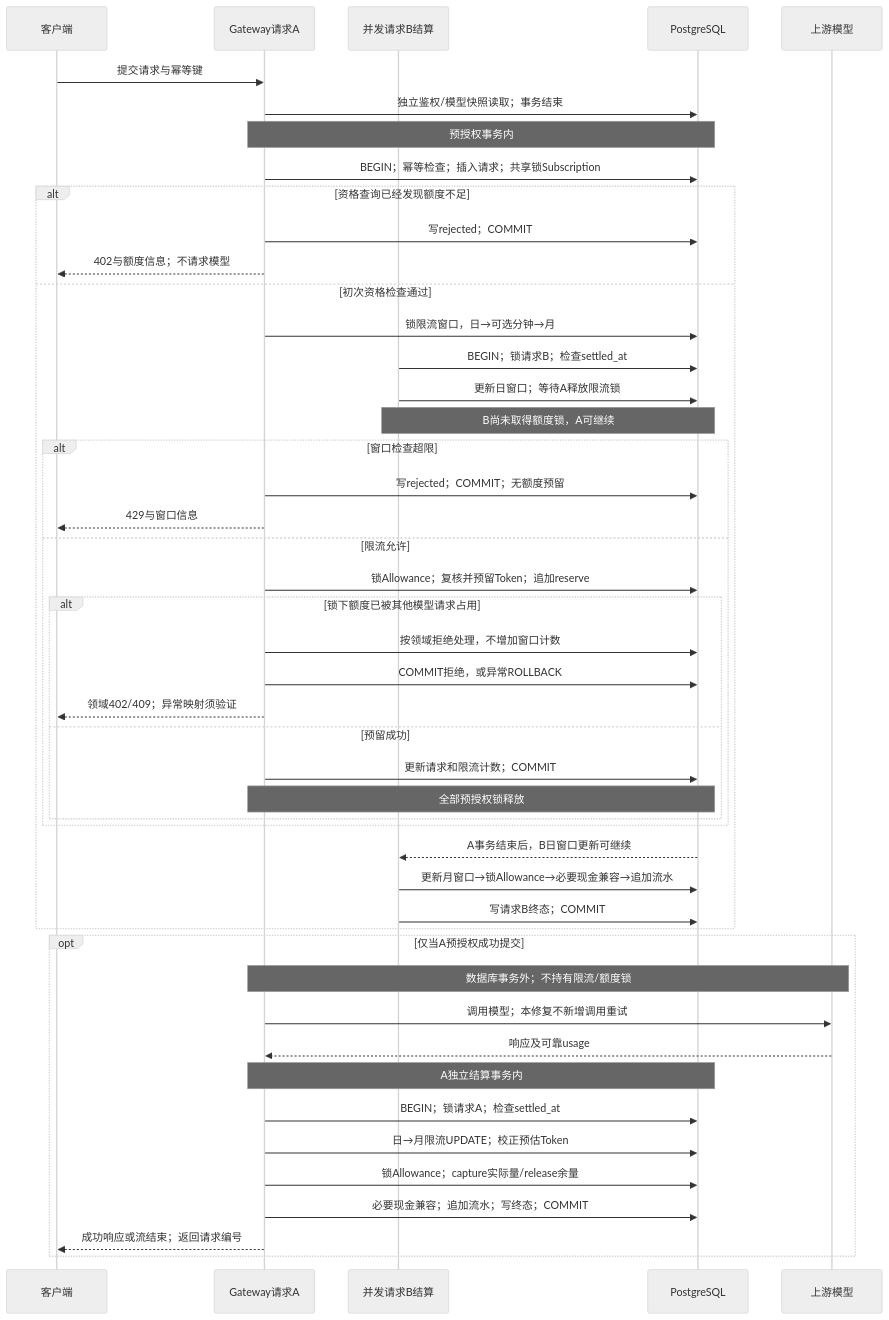
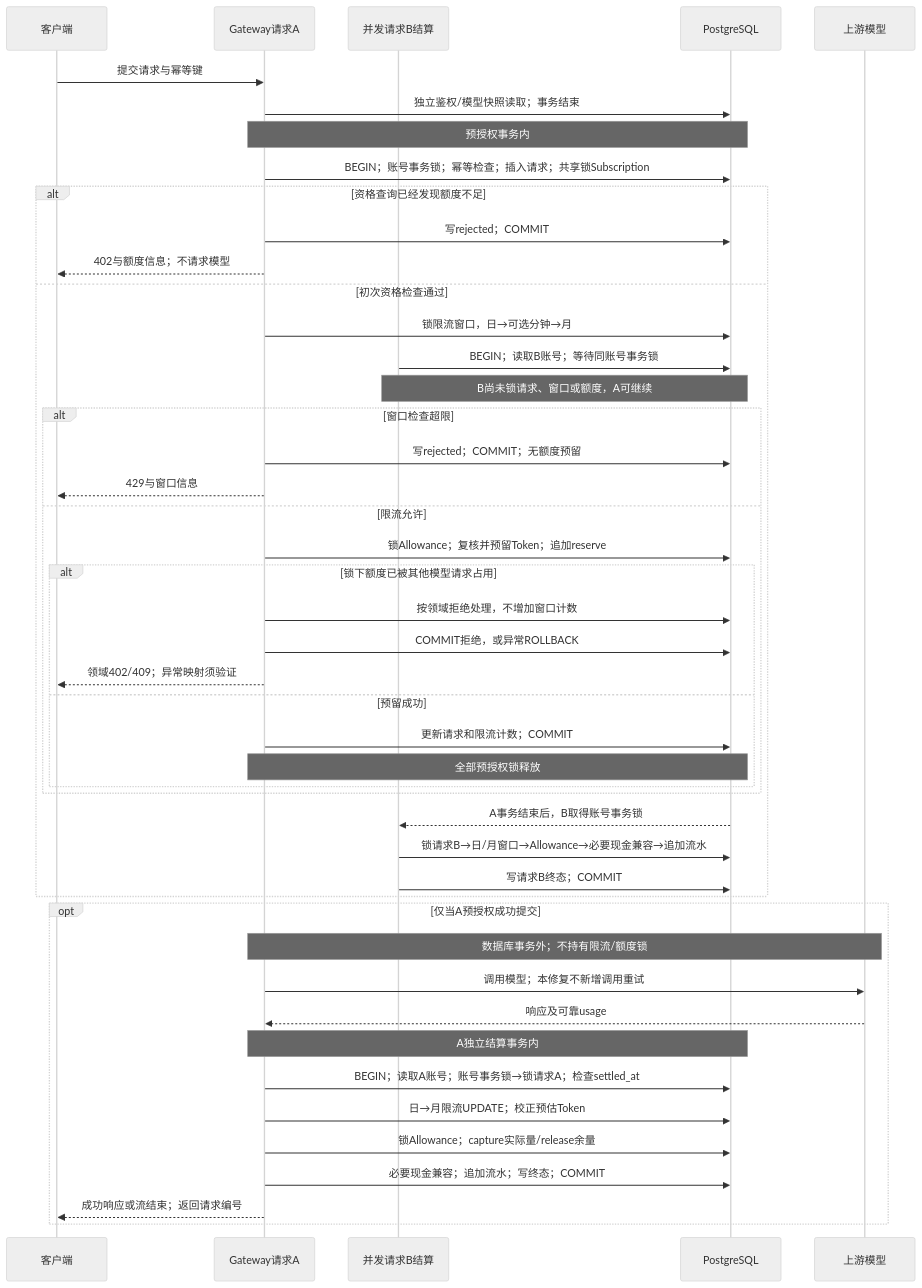
One commit to glide-the/dream-im-platform changed the second of 4 diagrams in docs/architecture/gateway-deadlock-analysis-and-design.md. Above: the diagram before and after it, drawn with Mermaid (neutral theme). The commit also changed other lines of this file and 15 other files, not shown here.

````diff
--- a/docs/architecture/gateway-deadlock-analysis-and-design.md
+++ b/docs/architecture/gateway-deadlock-analysis-and-design.md
@@ -209,49 +209,48 @@
 ```mermaid
 sequenceDiagram
     participant C as 客户端
     participant G as Gateway请求A
     participant B as 并发请求B结算
     participant DB as PostgreSQL
     participant P as 上游模型
     C->>G: 提交请求与幂等键
     G->>DB: 独立鉴权/模型快照读取；事务结束
         Note over G,DB: 预授权事务内
-        G->>DB: BEGIN；幂等检查；插入请求；共享锁Subscription
+        G->>DB: BEGIN；账号事务锁；幂等检查；插入请求；共享锁Subscription
         alt 资格查询已经发现额度不足
             G->>DB: 写rejected；COMMIT
             G-->>C: 402与额度信息；不请求模型
         else 初次资格检查通过
             G->>DB: 锁限流窗口，日→可选分钟→月
-            B->>DB: BEGIN；锁请求B；检查settled_at
-            B->>DB: 更新日窗口；等待A释放限流锁
-            Note over B,DB: B尚未取得额度锁，A可继续
+            B->>DB: BEGIN；读取B账号；等待同账号事务锁
+            Note over B,DB: B尚未锁请求、窗口或额度，A可继续
             alt 窗口检查超限
                 G->>DB: 写rejected；COMMIT；无额度预留
                 G-->>C: 429与窗口信息
             else 限流允许
                 G->>DB: 锁Allowance；复核并预留Token；追加reserve
                 alt 锁下额度已被其他模型请求占用
                     G->>DB: 按领域拒绝处理，不增加窗口计数
                     G->>DB: COMMIT拒绝，或异常ROLLBACK
                     G-->>C: 领域402/409；异常映射须验证
                 else 预留成功
                     G->>DB: 更新请求和限流计数；COMMIT
                     Note over G,DB: 全部预授权锁释放
                 end
             end
-            DB-->>B: A事务结束后，B日窗口更新可继续
-            B->>DB: 更新月窗口→锁Allowance→必要现金兼容→追加流水
+            DB-->>B: A事务结束后，B取得账号事务锁
+            B->>DB: 锁请求B→日/月窗口→Allowance→必要现金兼容→追加流水
             B->>DB: 写请求B终态；COMMIT
         end
     opt 仅当A预授权成功提交
         Note over G,P: 数据库事务外；不持有限流/额度锁
         G->>P: 调用模型；本修复不新增调用重试
         P-->>G: 响应及可靠usage
             Note over G,DB: A独立结算事务内
-            G->>DB: BEGIN；锁请求A；检查settled_at
+            G->>DB: BEGIN；读取A账号；账号事务锁→锁请求A；检查settled_at
             G->>DB: 日→月限流UPDATE；校正预估Token
             G->>DB: 锁Allowance；capture实际量/release余量
             G->>DB: 必要现金兼容；追加流水；写终态；COMMIT
         G-->>C: 成功响应或流结束；返回请求编号
     end
 ```
````
